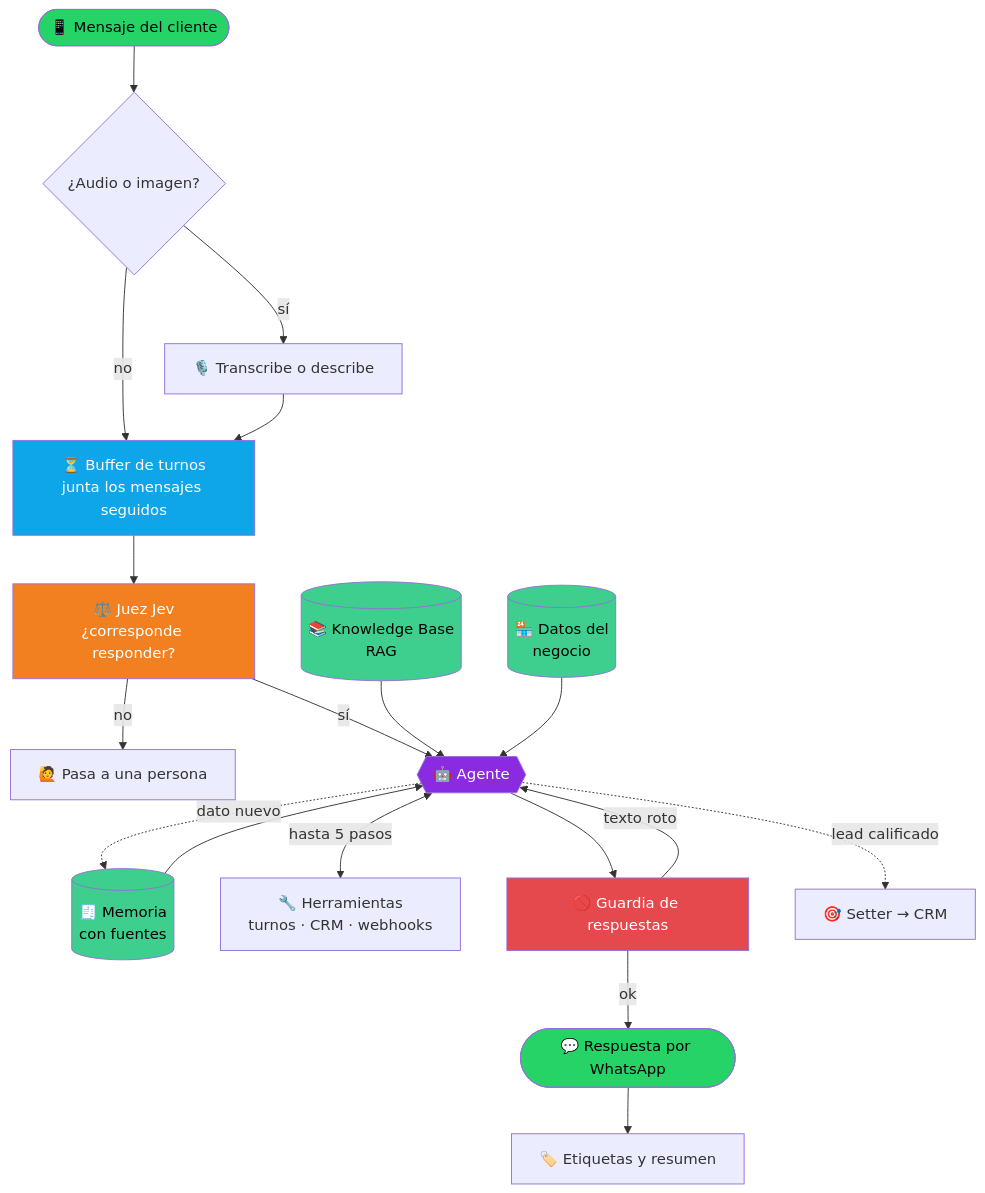
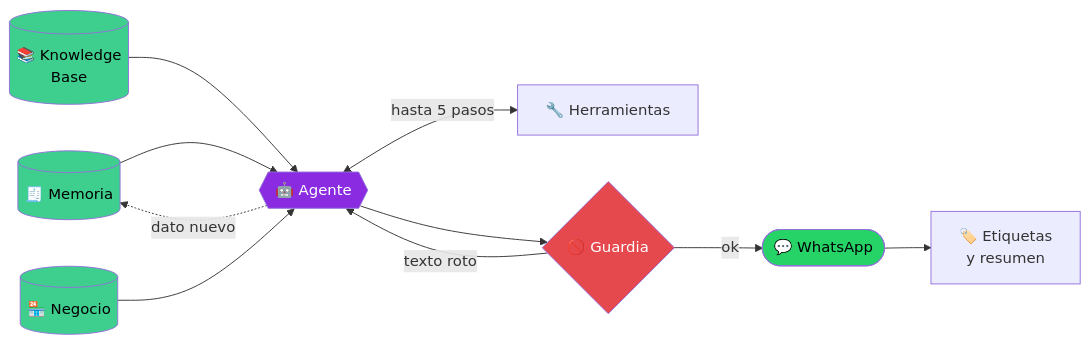
One commit to grancobud/arm-whatsapp changed the fourth of 5 diagrams in README.md. Above: the diagram before and after it, drawn with Mermaid. The commit also changed other lines of this file, not shown here.

Commit message:
docs: recorrido del mensaje en dos diagramas horizontales

````diff
--- a/README.md
+++ b/README.md
@@ -117,30 +136,19 @@
 ```mermaid
-flowchart TD
-    C([📱 Mensaje del cliente]) --> T{¿Audio o imagen?}
-    T -->|sí| V[🎙️ Transcribe o describe]
-    T -->|no| B
-    V --> B[⏳ Buffer de turnos<br/>junta los mensajes seguidos]
-    B --> J[⚖️ Juez Jev<br/>¿corresponde responder?]
-    J -->|no| H[🙋 Pasa a una persona]
-    J -->|sí| A{{🤖 Agente}}
-    M[(🧾 Memoria<br/>con fuentes)] --> A
-    K[(📚 Knowledge Base<br/>RAG)] --> A
-    N[(🏪 Datos del<br/>negocio)] --> A
-    A <-->|hasta 5 pasos| HR[🔧 Herramientas<br/>turnos · CRM · webhooks]
-    A --> G[🚫 Guardia de respuestas]
+flowchart LR
+    M[(🧾 Memoria)] --> A{{🤖 Agente}}
+    K[(📚 Knowledge<br/>Base)] --> A
+    N[(🏪 Negocio)] --> A
+    A <-->|hasta 5 pasos| HR[🔧 Herramientas]
+    A --> G{🚫 Guardia}
     G -->|texto roto| A
-    G -->|ok| R([💬 Respuesta por WhatsApp])
-    R --> E[🏷️ Etiquetas y resumen]
+    G -->|ok| R([💬 WhatsApp])
+    R --> E[🏷️ Etiquetas<br/>y resumen]
     A -.->|dato nuevo| M
-    A -.->|lead calificado| S[🎯 Setter → CRM]
 
     style A fill:#8A2BE2,color:#fff
     style G fill:#E5484D,color:#fff
-    style B fill:#0EA5E9,color:#fff
-    style J fill:#F38020,color:#fff
     style M fill:#3ECF8E,color:#000
     style K fill:#3ECF8E,color:#000
     style N fill:#3ECF8E,color:#000
     style R fill:#25D366,color:#000
-    style C fill:#25D366,color:#000
 ```
````
